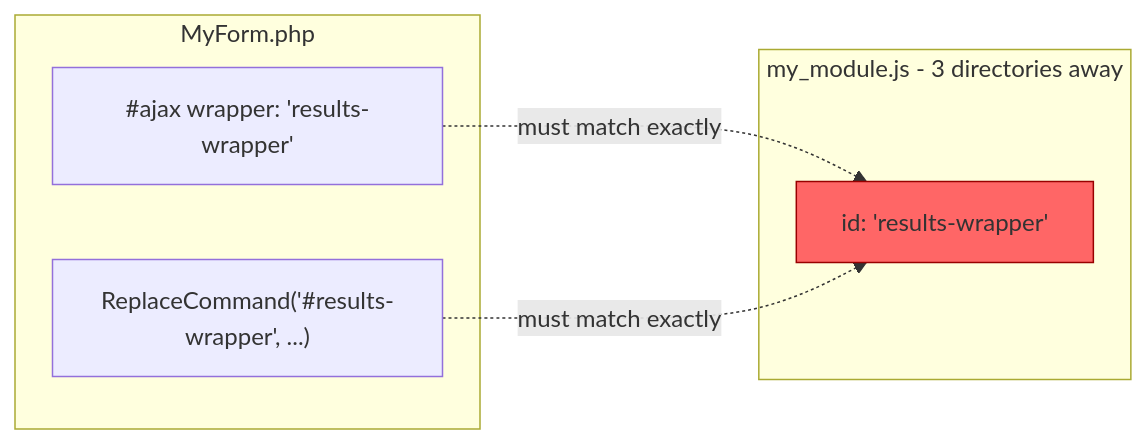
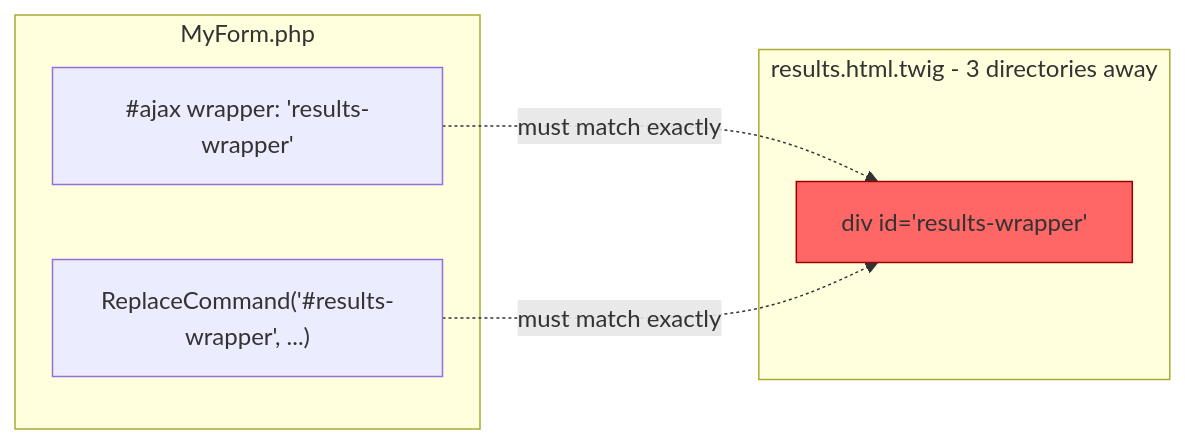
One commit to RChaubey16/drupalcon-rotterdam-session changed the second of 2 diagrams in docs/3-ajax-api-pain-points.md. Above: the diagram before and after it, drawn with Mermaid. The commit also changed other lines of this file and 7 other files, not shown here.

````diff
--- a/docs/3-ajax-api-pain-points.md
+++ b/docs/3-ajax-api-pain-points.md
@@ -50,13 +50,13 @@
 ```mermaid
 flowchart LR
     subgraph PHP["MyForm.php"]
         A["#ajax wrapper: 'results-wrapper'"]
         B["ReplaceCommand('#results-wrapper', ...)"]
     end
-    subgraph JS["my_module.js - 3 directories away"]
-        C["id: 'results-wrapper'"]
+    subgraph TPL["results.html.twig - 3 directories away"]
+        C["div id='results-wrapper'"]
     end
     A -.must match exactly.-> C
     B -.must match exactly.-> C
     style C fill:#f66,stroke:#900
 ```
````
